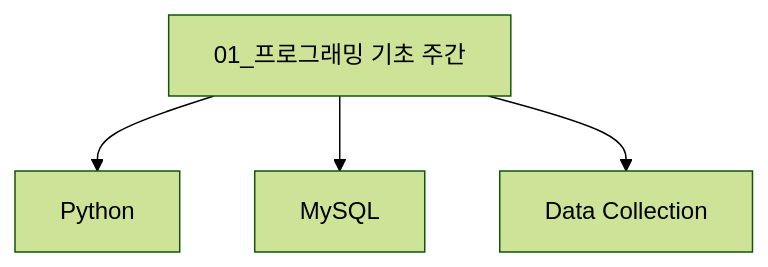
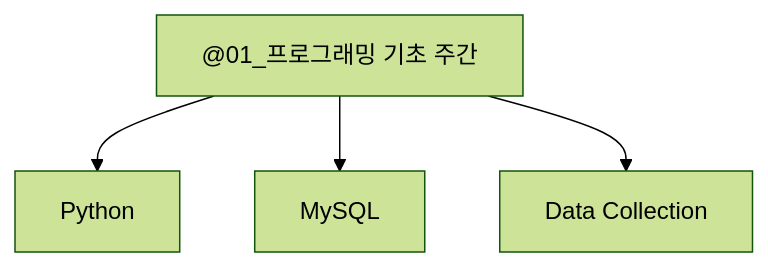
The fourth of 5 diagrams in profile/README.md (skn-ai22-251029/.github), drawn with Mermaid (forest theme) before and after one commit. The commit also changed other lines of this file, not shown here.

````diff
--- a/profile/README.md
+++ b/profile/README.md
@@ -75,16 +132,16 @@
 ```mermaid
 graph TD
-    A[01_프로그래밍 기초 주간]
+    A[#64;01_프로그래밍 기초 주간]
     A1[Python]
     A2[MySQL]
     A3[Data Collection]
     A --> A1
     A --> A2
     A --> A3
 
     click A "https://github.com/orgs/skn-ai22-251029/projects/1" "프로그래밍 기초"
     click A1 "https://github.com/skn-ai22-251029/python_workspace" "프로그래밍 기초 - Python"
     click A2 "https://github.com/skn-ai22-251029/mysql_workspace" "프로그래밍 기초 - MySQL"
     click A3 "https://github.com/skn-ai22-251029/data_collection_workspace" "프로그래밍 기초 - Data Collection"
 
 ```
````
